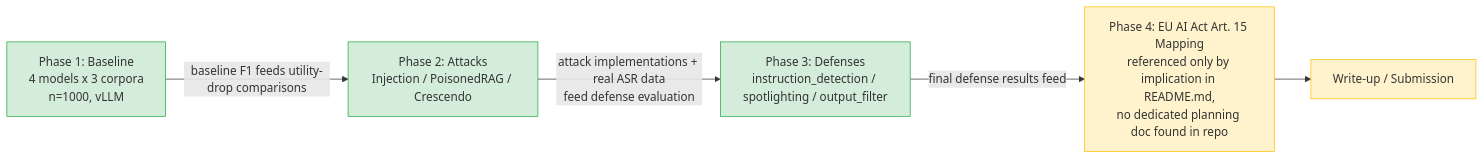
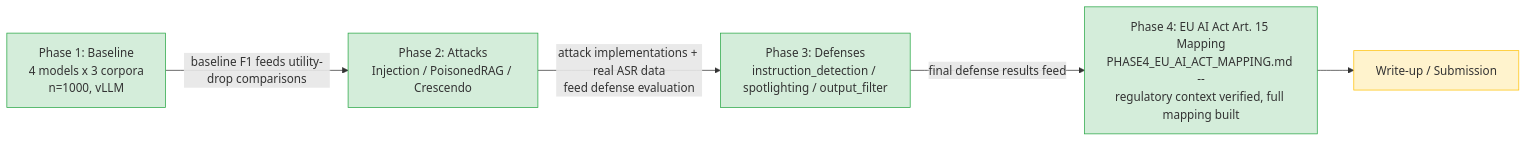
The first of 11 diagrams in THESIS_ARCHITECTURE.md (Simarjit1303/rag-adversarial-robustness), drawn with Mermaid before and after one commit. The commit also changed other lines of this file and 2 other files, not shown here.

First paragraph of the commit message:
Begin Phase 4: EU AI Act Article 15 mapping against final Phase 1-3 results
PHASE4_EU_AI_ACT_MAPPING.md -- synthesis only, no new experiments:

````diff
--- a/THESIS_ARCHITECTURE.md
+++ b/THESIS_ARCHITECTURE.md
@@ -17,18 +17,18 @@
 ```mermaid
 flowchart LR
     P1["Phase 1: Baseline<br/>4 models x 3 corpora<br/>n=1000, vLLM"]
     P2["Phase 2: Attacks<br/>Injection / PoisonedRAG / Crescendo"]
     P3["Phase 3: Defenses<br/>instruction_detection / spotlighting / output_filter"]
-    P4["Phase 4: EU AI Act Art. 15 Mapping<br/>referenced only by implication in README.md,<br/>no dedicated planning doc found in repo"]
+    P4["Phase 4: EU AI Act Art. 15 Mapping<br/>PHASE4_EU_AI_ACT_MAPPING.md --<br/>regulatory context verified, full mapping built"]
     WR["Write-up / Submission"]
 
     P1 -->|"baseline F1 feeds utility-drop comparisons"| P2
     P2 -->|"attack implementations + real ASR data<br/>feed defense evaluation"| P3
     P3 -->|"final defense results feed"| P4
     P4 --> WR
 
     classDef done fill:#d4edda,stroke:#28a745
     classDef open fill:#fff3cd,stroke:#ffc107
-    class P1,P2,P3 done
-    class P4,WR open
+    class P1,P2,P3,P4 done
+    class WR open
 ```
````
